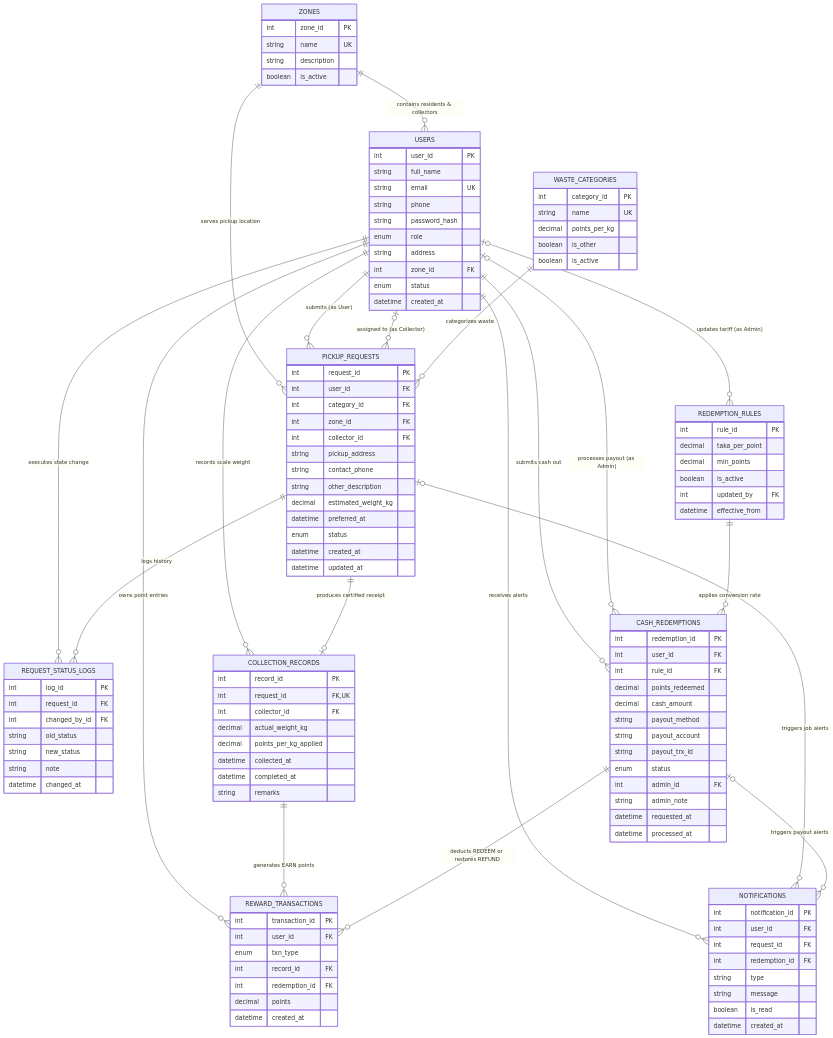
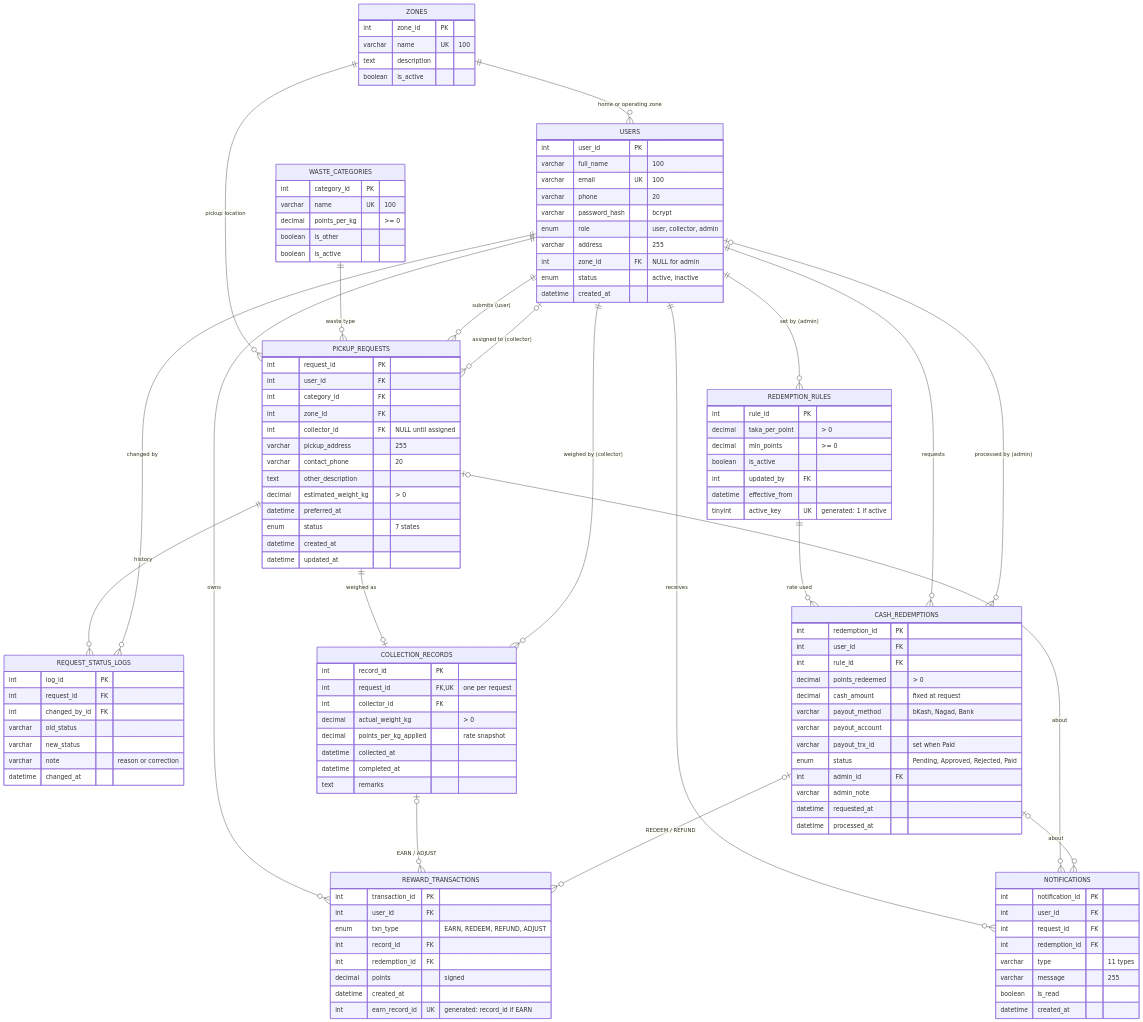
One commit to elnMohiuddinMolla/Waste-Resource-Recycle changed the diagram in database.md. Above: the diagram before and after it, drawn with Mermaid. The commit also changed 2 other files, not shown here.

Commit message:
Sync docs with the code (D3 step 1)
api-spec.md: paging limit capped at 50 (new §1.5); pickup_address and
other_description lengths; remarks length for weight records; admin_note
length for redemption decisions.
database.md §10: ER diagram replaced with the one from docs/er-diagram.md,
now including the generated columns active_key and earn_record_id.
architecture.md: project structure lists backend/scripts, the shared JS
modules, js/pages and the new docs; ui.js lists reasonDialog/formDialog;
page guard describes the wrong-role redirect and the deactivated message.
No code changed.

````diff
--- a/database.md
+++ b/database.md
@@ -784,138 +786,125 @@
 ```mermaid
 erDiagram
-    ZONES ||--o{ USERS : "contains residents & collectors"
-    ZONES ||--o{ PICKUP_REQUESTS : "serves pickup location"
-    
-    USERS ||--o{ PICKUP_REQUESTS : "submits (as User)"
-    USERS |o--o{ PICKUP_REQUESTS : "assigned to (as Collector)"
-    USERS ||--o{ REQUEST_STATUS_LOGS : "executes state change"
-    USERS ||--o{ COLLECTION_RECORDS : "records scale weight"
-    USERS ||--o{ REWARD_TRANSACTIONS : "owns point entries"
-    USERS ||--o{ CASH_REDEMPTIONS : "submits cash out"
-    USERS |o--o{ CASH_REDEMPTIONS : "processes payout (as Admin)"
-    USERS |o--o{ REDEMPTION_RULES : "updates tariff (as Admin)"
-    USERS ||--o{ NOTIFICATIONS : "receives alerts"
-
-    WASTE_CATEGORIES ||--o{ PICKUP_REQUESTS : "categorizes waste"
-
-    PICKUP_REQUESTS ||--o{ REQUEST_STATUS_LOGS : "logs history"
-    PICKUP_REQUESTS ||--o| COLLECTION_RECORDS : "produces certified receipt"
-    PICKUP_REQUESTS |o--o{ NOTIFICATIONS : "triggers job alerts"
-
-    COLLECTION_RECORDS ||--o{ REWARD_TRANSACTIONS : "generates EARN points"
-
-    REDEMPTION_RULES ||--o{ CASH_REDEMPTIONS : "applies conversion rate"
-
-    CASH_REDEMPTIONS ||--o{ REWARD_TRANSACTIONS : "deducts REDEEM or restores REFUND"
-    CASH_REDEMPTIONS |o--o{ NOTIFICATIONS : "triggers payout alerts"
+    ZONES ||--o{ USERS : "home or operating zone"
+    ZONES ||--o{ PICKUP_REQUESTS : "pickup location"
+    WASTE_CATEGORIES ||--o{ PICKUP_REQUESTS : "waste type"
+    USERS ||--o{ PICKUP_REQUESTS : "submits (user)"
+    USERS |o--o{ PICKUP_REQUESTS : "assigned to (collector)"
+    PICKUP_REQUESTS ||--o{ REQUEST_STATUS_LOGS : "history"
+    USERS ||--o{ REQUEST_STATUS_LOGS : "changed by"
+    PICKUP_REQUESTS ||--o| COLLECTION_RECORDS : "weighed as"
+    USERS ||--o{ COLLECTION_RECORDS : "weighed by (collector)"
+    USERS ||--o{ REDEMPTION_RULES : "set by (admin)"
+    REDEMPTION_RULES ||--o{ CASH_REDEMPTIONS : "rate used"
+    USERS ||--o{ CASH_REDEMPTIONS : "requests"
+    USERS |o--o{ CASH_REDEMPTIONS : "processed by (admin)"
+    USERS ||--o{ REWARD_TRANSACTIONS : "owns"
+    COLLECTION_RECORDS |o--o{ REWARD_TRANSACTIONS : "EARN / ADJUST"
+    CASH_REDEMPTIONS |o--o{ REWARD_TRANSACTIONS : "REDEEM / REFUND"
+    USERS ||--o{ NOTIFICATIONS : "receives"
+    PICKUP_REQUESTS |o--o{ NOTIFICATIONS : "about"
+    CASH_REDEMPTIONS |o--o{ NOTIFICATIONS : "about"
 
     ZONES {
         int zone_id PK
-        string name UK
-        string description
+        varchar name UK "100"
+        text description
         boolean is_active
     }
-
     USERS {
         int user_id PK
-        string full_name
-        string email UK
-        string phone
-        string password_hash
-        enum role
-        string address
-        int zone_id FK
-        enum status
+        varchar full_name "100"
+        varchar email UK "100"
+        varchar phone "20"
+        varchar password_hash "bcrypt"
+        enum role "user, collector, admin"
+        varchar address "255"
+        int zone_id FK "NULL for admin"
+        enum status "active, inactive"
         datetime created_at
     }
-
     WASTE_CATEGORIES {
         int category_id PK
-        string name UK
-        decimal points_per_kg
+        varchar name UK "100"
+        decimal points_per_kg ">= 0"
         boolean is_other
         boolean is_active
     }
-
     PICKUP_REQUESTS {
         int request_id PK
         int user_id FK
         int category_id FK
         int zone_id FK
-        int collector_id FK
-        string pickup_address
-        string contact_phone
-        string other_description
-        decimal estimated_weight_kg
+        int collector_id FK "NULL until assigned"
+        varchar pickup_address "255"
+        varchar contact_phone "20"
+        text other_description
+        decimal estimated_weight_kg "> 0"
         datetime preferred_at
-        enum status
+        enum status "7 states"
         datetime created_at
         datetime updated_at
     }
-
     REQUEST_STATUS_LOGS {
         int log_id PK
         int request_id FK
         int changed_by_id FK
-        string old_status
-        string new_status
-        string note
+        varchar old_status
+        varchar new_status
+        varchar note "reason or correction"
         datetime changed_at
     }
-
     COLLECTION_RECORDS {
         int record_id PK
-        int request_id FK,UK
+        int request_id FK,UK "one per request"
         int collector_id FK
-        decimal actual_weight_kg
-        decimal points_per_kg_applied
+        decimal actual_weight_kg "> 0"
+        decimal points_per_kg_applied "rate snapshot"
         datetime collected_at
         datetime completed_at
-        string remarks
+        text remarks
     }
-
     REDEMPTION_RULES {
         int rule_id PK
-        decimal taka_per_point
-        decimal min_points
+        decimal taka_per_point "> 0"
+        decimal min_points ">= 0"
         boolean is_active
         int updated_by FK
         datetime effective_from
+        tinyint active_key UK "generated: 1 if active"
     }
-
     CASH_REDEMPTIONS {
         int redemption_id PK
         int user_id FK
         int rule_id FK
-        decimal points_redeemed
-        decimal cash_amount
-        string payout_method
-        string payout_account
-        string payout_trx_id
-        enum status
+        decimal points_redeemed "> 0"
+        decimal cash_amount "fixed at request"
+        varchar payout_method "bKash, Nagad, Bank"
+        varchar payout_account
+        varchar payout_trx_id "set when Paid"
+        enum status "Pending, Approved, Rejected, Paid"
         int admin_id FK
-        string admin_note
+        varchar admin_note
         datetime requested_at
         datetime processed_at
     }
-
     REWARD_TRANSACTIONS {
         int transaction_id PK
         int user_id FK
-        enum txn_type
+        enum txn_type "EARN, REDEEM, REFUND, ADJUST"
         int record_id FK
         int redemption_id FK
-        decimal points
+        decimal points "signed"
         datetime created_at
+        int earn_record_id UK "generated: record_id if EARN"
     }
-
     NOTIFICATIONS {
         int notification_id PK
         int user_id FK
         int request_id FK
         int redemption_id FK
-        string type
-        string message
+        varchar type "11 types"
+        varchar message "255"
         boolean is_read
         datetime created_at
     }
````
